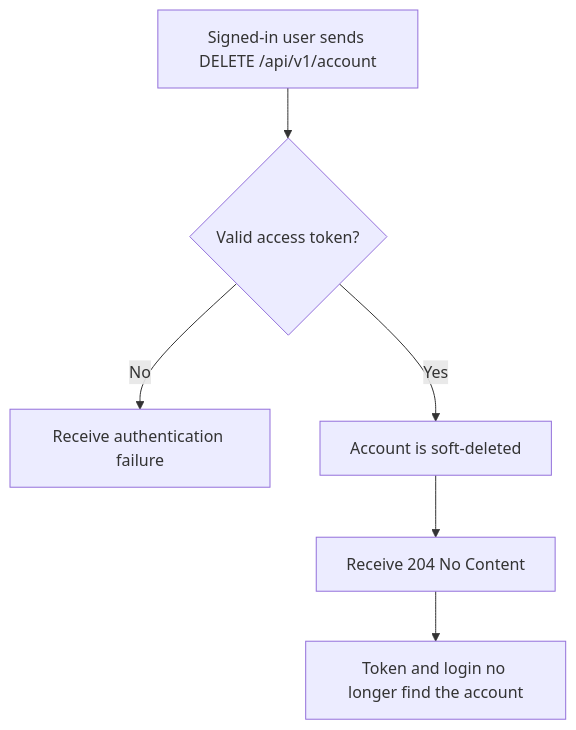
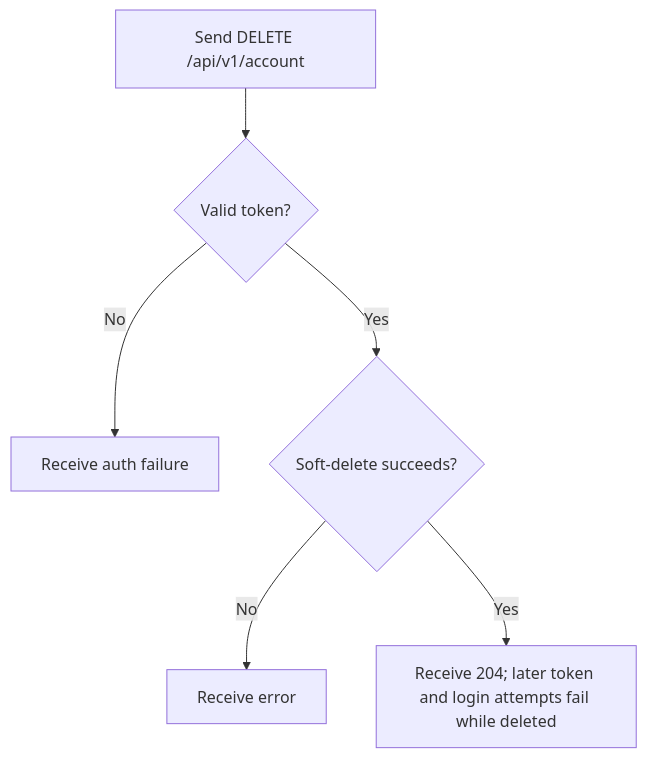
Before and after one commit to Kevinjohn/oss-adonisjs-lucid-soft-delete: the first of 2 diagrams in user-stories/example-apps/us-demo-01-api-account-deletion.md, drawn with Mermaid. The commit also changed other lines of this file and 26 other files, not shown here.

````diff
--- a/user-stories/example-apps/us-demo-01-api-account-deletion.md
+++ b/user-stories/example-apps/us-demo-01-api-account-deletion.md
@@ -21,8 +21,8 @@
 ```mermaid
 flowchart TD
-    A["Signed-in user sends DELETE /api/v1/account"] --> B{"Valid access token?"}
-    B -->|No| C["Receive authentication failure"]
-    B -->|Yes| D["Account is soft-deleted"]
-    D --> E["Receive 204 No Content"]
-    E --> F["Token and login no longer find the account"]
+    A["Send DELETE /api/v1/account"] --> B{"Valid token?"}
+    B -->|No| C["Receive auth failure"]
+    B -->|Yes| D{"Soft-delete succeeds?"}
+    D -->|No| E["Receive error"]
+    D -->|Yes| F["Receive 204; later token and login attempts fail while deleted"]
 ```
````
